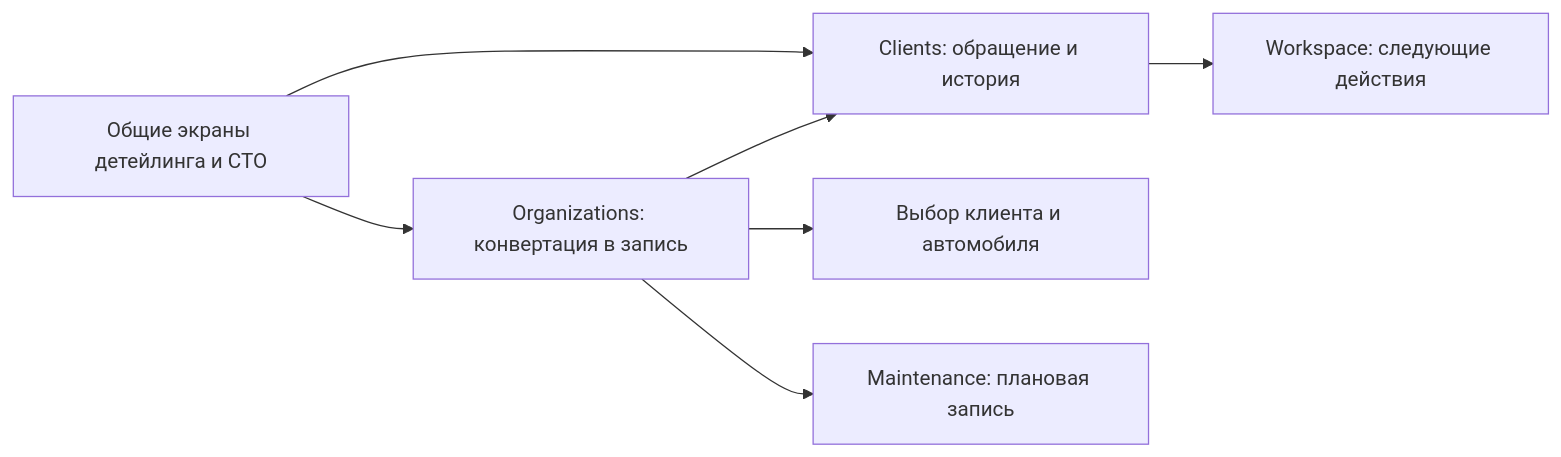
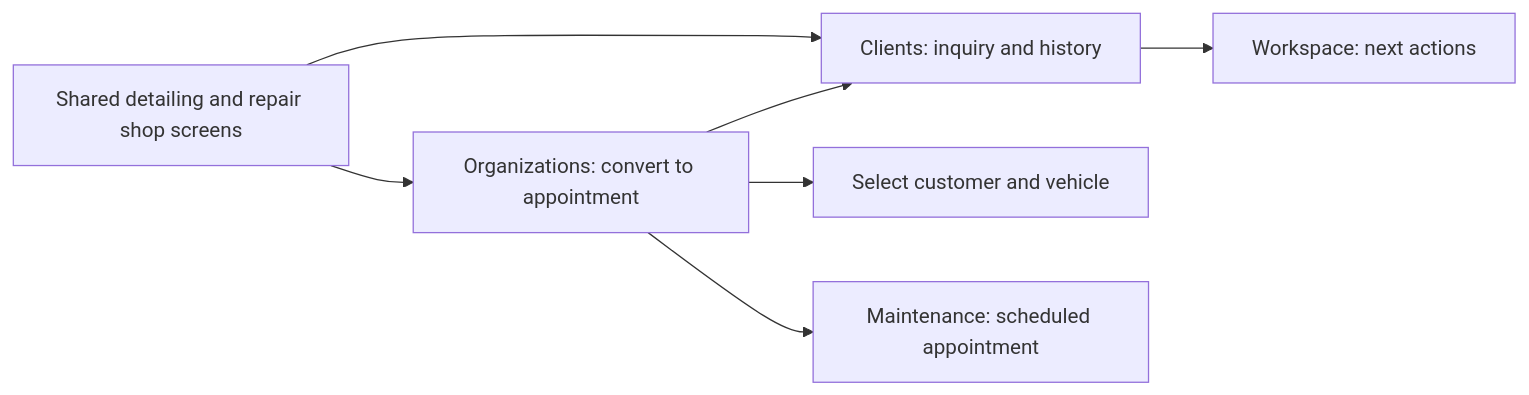
One commit to eddchervov/OpenCRM changed the diagram in docs/inquiries-design.md. Above: the diagram before and after it, drawn with Mermaid. The commit also changed other lines of this file and 139 other files, not shown here.

````diff
--- a/docs/inquiries-design.md
+++ b/docs/inquiries-design.md
@@ -45,9 +47,9 @@
 ```mermaid
 flowchart LR
-    UI[Общие экраны детейлинга и СТО] --> C[Clients: обращение и история]
-    C --> W[Workspace: следующие действия]
-    UI --> B[Organizations: конвертация в запись]
+    UI[Shared detailing and repair shop screens] --> C[Clients: inquiry and history]
+    C --> W[Workspace: next actions]
+    UI --> B[Organizations: convert to appointment]
     B --> C
-    B --> V[Выбор клиента и автомобиля]
-    B --> M[Maintenance: плановая запись]
+    B --> V[Select customer and vehicle]
+    B --> M[Maintenance: scheduled appointment]
 ```
````
